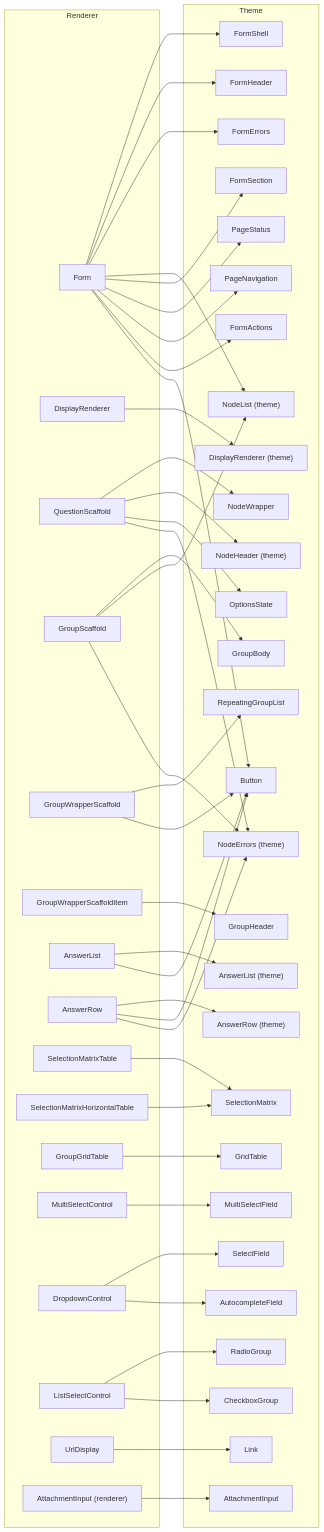
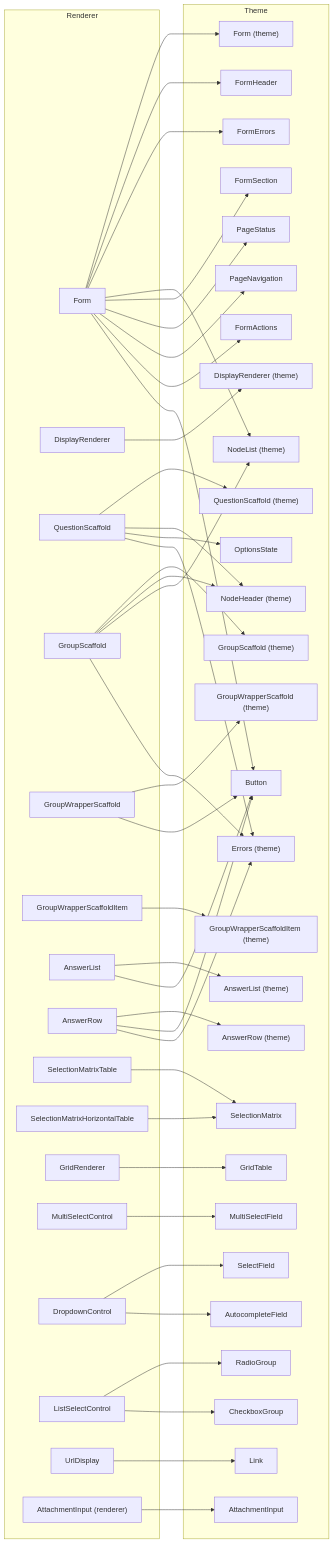
Before and after one commit to HealthSamurai/aidbox-forms-renderer: the second of 5 diagrams in README.md, drawn with Mermaid. The commit also changed other lines of this file and 61 other files, not shown here.

Commit message:
Refactor group scaffolds and grid renderer, rename form components

```diff
--- a/README.md
+++ b/README.md
@@ -110,7 +111,7 @@
     AnswerRow
     SelectionMatrixTable
     SelectionMatrixHorizontalTable
-    GroupGridTable
+    GridRenderer
     MultiSelectControl
     DropdownControl
     ListSelectControl
@@ -119,7 +120,7 @@
   end
 
   subgraph Theme
-    FormShell
+    FormTheme["Form (theme)"]
     FormHeader
     FormErrors
     NodeListTheme["NodeList (theme)"]
@@ -129,13 +130,13 @@
     FormActions
     Button
     DisplayRendererTheme["DisplayRenderer (theme)"]
-    NodeWrapper
+    QuestionScaffoldTheme["QuestionScaffold (theme)"]
     NodeHeaderTheme["NodeHeader (theme)"]
     OptionsState
-    NodeErrorsTheme["NodeErrors (theme)"]
-    GroupBody
-    GroupHeader
-    RepeatingGroupList
+    ErrorsTheme["Errors (theme)"]
+    GroupScaffoldTheme["GroupScaffold (theme)"]
+    GroupWrapperScaffoldItemTheme["GroupWrapperScaffoldItem (theme)"]
+    GroupWrapperScaffoldTheme["GroupWrapperScaffold (theme)"]
     GridTable
     SelectionMatrix
     AnswerListTheme["AnswerList (theme)"]
@@ -149,7 +150,7 @@
     AttachmentInput
   end
 
-  Form --> FormShell
+  Form --> FormTheme
   Form --> FormHeader
   Form --> FormErrors
   Form --> NodeListTheme
@@ -160,24 +161,25 @@
   Form --> Button
 
   DisplayRenderer --> DisplayRendererTheme
-  QuestionScaffold --> NodeWrapper
+  QuestionScaffold --> QuestionScaffoldTheme
   QuestionScaffold --> NodeHeaderTheme
   QuestionScaffold --> OptionsState
-  QuestionScaffold --> NodeErrorsTheme
-  GroupScaffold --> GroupBody
+  QuestionScaffold --> ErrorsTheme
+  GroupScaffold --> GroupScaffoldTheme
+  GroupScaffold --> NodeHeaderTheme
   GroupScaffold --> NodeListTheme
-  GroupScaffold --> NodeErrorsTheme
-  GroupWrapperScaffold --> RepeatingGroupList
+  GroupScaffold --> ErrorsTheme
+  GroupWrapperScaffold --> GroupWrapperScaffoldTheme
   GroupWrapperScaffold --> Button
-  GroupWrapperScaffoldItem --> GroupHeader
+  GroupWrapperScaffoldItem --> GroupWrapperScaffoldItemTheme
 
   AnswerList --> AnswerListTheme
   AnswerList --> Button
   AnswerRow --> AnswerRowTheme
   AnswerRow --> Button
-  AnswerRow --> NodeErrorsTheme
+  AnswerRow --> ErrorsTheme
 
-  GroupGridTable --> GridTable
+  GridRenderer --> GridTable
   SelectionMatrixTable --> SelectionMatrix
   SelectionMatrixHorizontalTable --> SelectionMatrix
 
```
